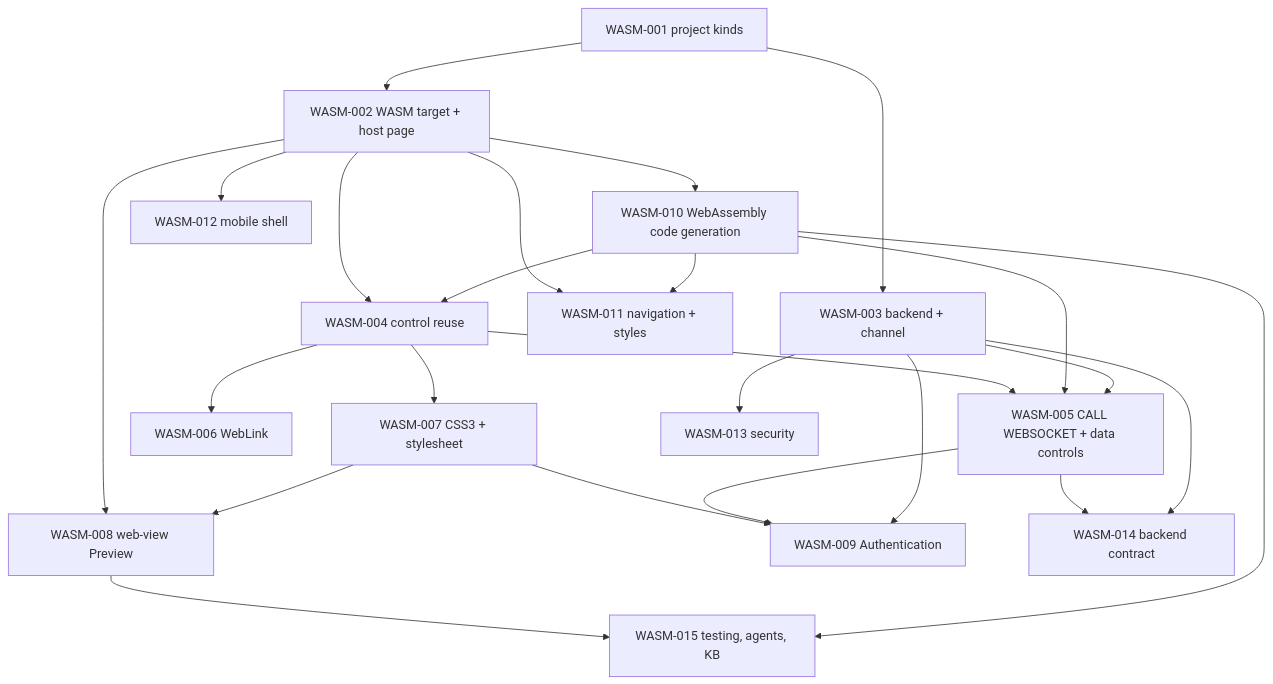
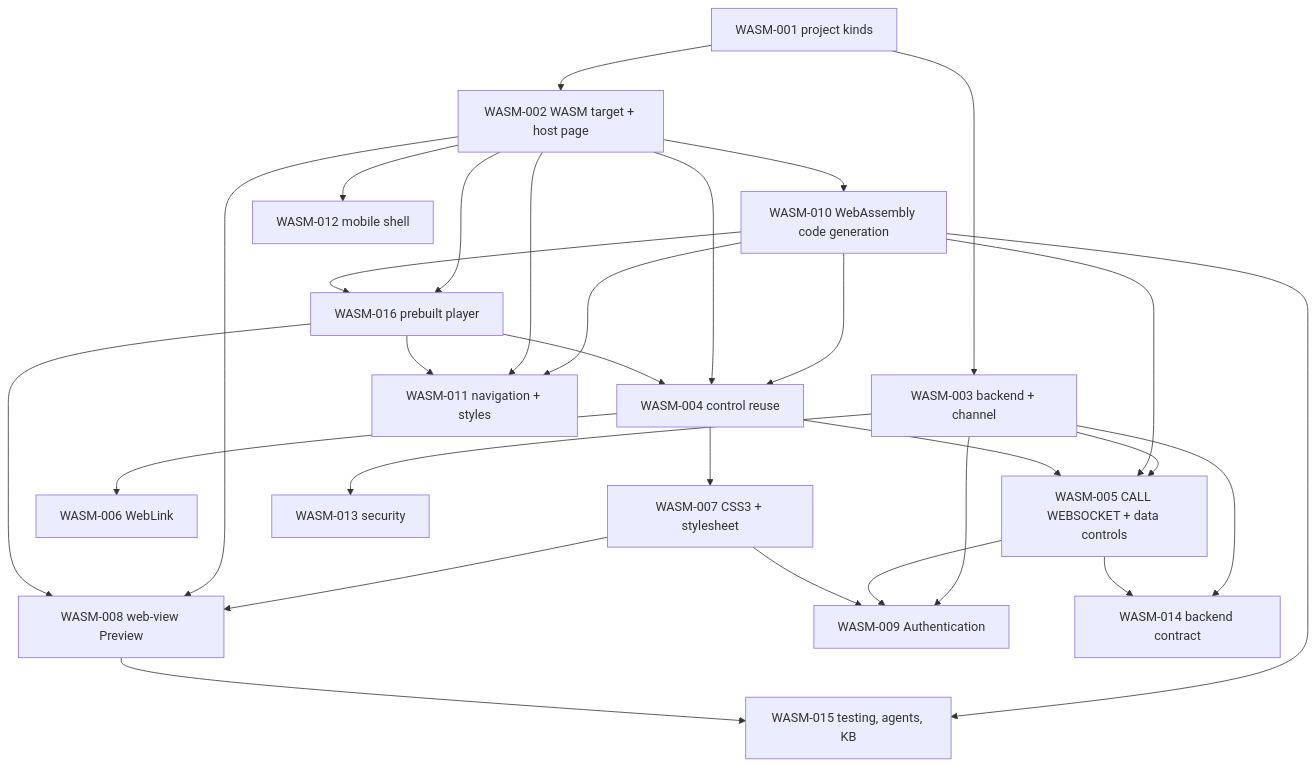
One commit to CloudLandBeta/PowerRustCOBOL changed the second of 2 diagrams in specs/WASM-INDEX.md. Above: the diagram before and after it, drawn with Mermaid. The commit also changed other lines of this file and 9 other files, not shown here.

First line of the commit message:
Specs: two .wasm files decided - the prebuilt Leptos player gets WASM-016; WASM-002, 004, 008, 010, 011, 012 and the index updated (2.0.4)

````diff
--- a/specs/WASM-INDEX.md
+++ b/specs/WASM-INDEX.md
@@ -74,26 +76,31 @@
 ```mermaid
 flowchart TD
   W1["WASM-001 project kinds"] --> W2["WASM-002 WASM target + host page"]
   W1 --> W3["WASM-003 backend + channel"]
   W2 --> W10["WASM-010 WebAssembly code generation"]
   W10 --> W4["WASM-004 control reuse"]
   W2 --> W4
   W3 --> W5["WASM-005 CALL WEBSOCKET + data controls"]
   W10 --> W5
   W4 --> W5
   W4 --> W6["WASM-006 WebLink"]
   W4 --> W7["WASM-007 CSS3 + stylesheet"]
   W7 --> W8["WASM-008 web-view Preview"]
   W2 --> W8
   W3 --> W9["WASM-009 Authentication"]
   W5 --> W9
   W7 --> W9
   W10 --> W11["WASM-011 navigation + styles"]
   W2 --> W11
   W2 --> W12["WASM-012 mobile shell"]
   W3 --> W14["WASM-014 backend contract"]
   W5 --> W14
   W3 --> W13["WASM-013 security"]
   W10 --> W15["WASM-015 testing, agents, KB"]
   W8 --> W15
+  W2 --> W16["WASM-016 prebuilt player"]
+  W10 --> W16
+  W16 --> W4
+  W16 --> W8
+  W16 --> W11
 ```
````
